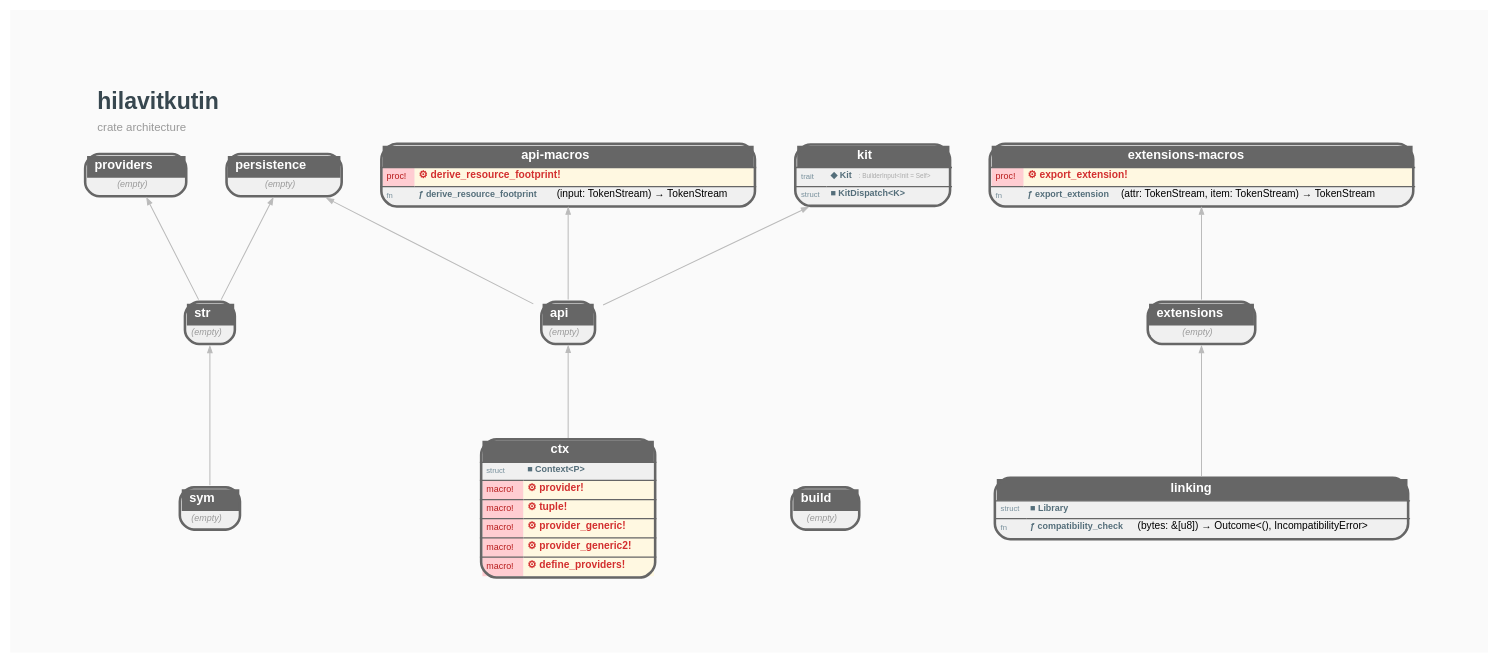
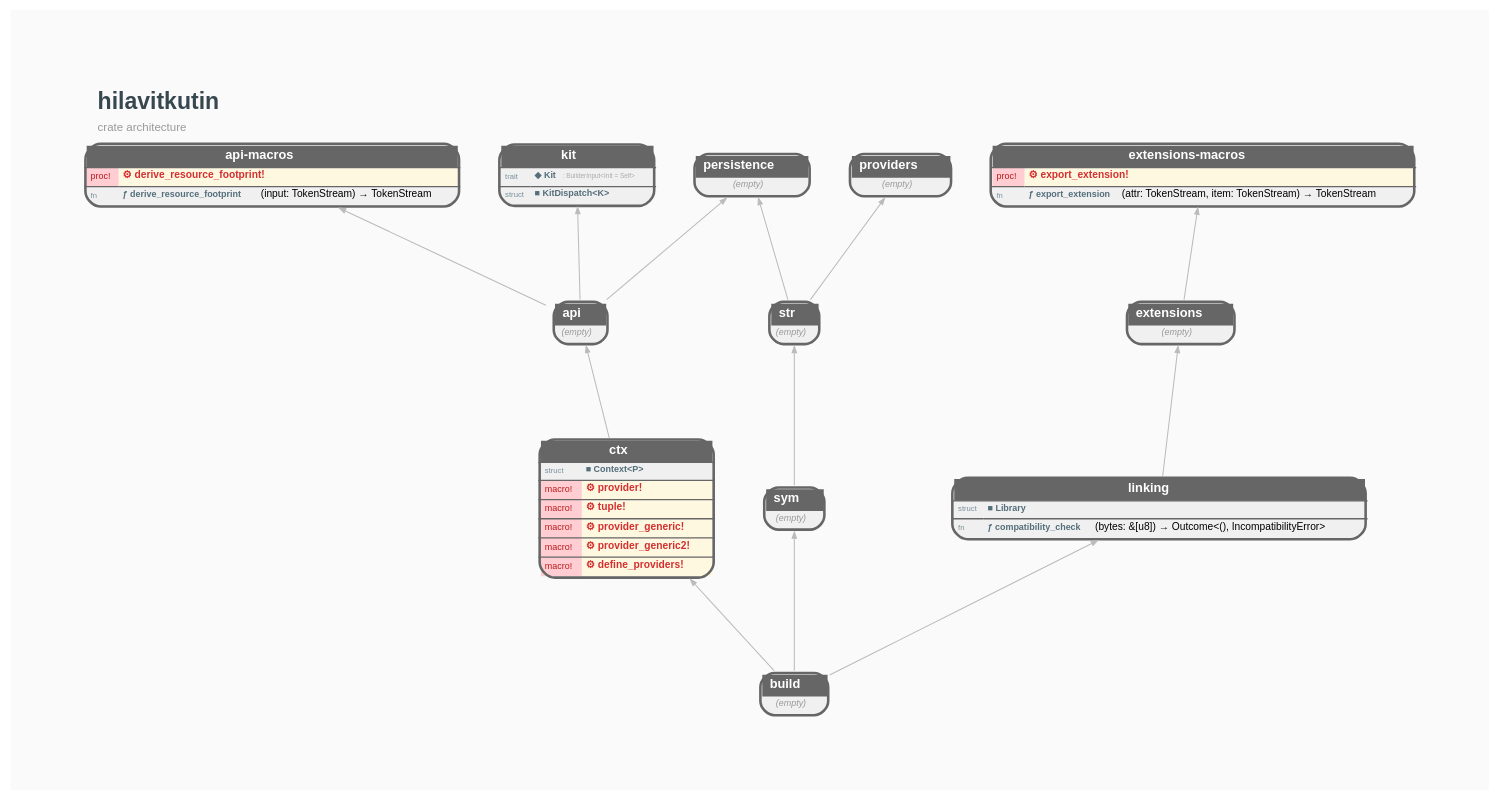
The diagram in docs/STRUCTURE.GRAPH.dot (orgrinrt/hilavitkutin), drawn with Graphviz before and after one commit. The commit also changed 4 other files, not shown here.

```diff
--- a/docs/STRUCTURE.GRAPH.dot
+++ b/docs/STRUCTURE.GRAPH.dot
@@ -1,50 +1,54 @@
 // AUTO-GENERATED: DO NOT EDIT DIRECTLY
 //
 // Generated by: mockspace (mock)
-// Generated at: 2026-09-18T21:59:35Z
+// Generated at: 2026-11-13T17:33:41Z
 // Source: mock/
 // To regenerate: cargo mock
 
 digraph "hilavitkutin" {
     rankdir=BT;
     newrank=true;
     bgcolor="#FAFAFA";
     graph [fontname="Helvetica", fontsize=10, pad=0.8, nodesep=0.4, ranksep=1.0];
     node [fontname="Helvetica", fontsize=8];
     edge [fontname="Helvetica", fontsize=7, color="#BBBBBB", arrowsize=0.5, penwidth=0.8];
 
     labelloc=t;
     labeljust=l;
     label=<<TABLE BORDER="0" CELLBORDER="0" CELLSPACING="0"><TR><TD ALIGN="LEFT"><FONT POINT-SIZE="18" COLOR="#37474F"><B>hilavitkutin</B></FONT></TD></TR><TR><TD ALIGN="LEFT"><FONT POINT-SIZE="9" COLOR="#999999">crate architecture</FONT></TD></TR></TABLE>>;
 
     hilavitkutin_api [shape=none, margin=0, label=<<TABLE BORDER="2" CELLBORDER="0" CELLSPACING="0" CELLPADDING="3" BGCOLOR="#F0F0F0" COLOR="#666666" STYLE="ROUNDED"><TR><TD COLSPAN="2" BGCOLOR="#666666" ALIGN="CENTER"><FONT COLOR="white" POINT-SIZE="10"><B>  api  </B></FONT></TD></TR><TR><TD COLSPAN="2"><FONT COLOR="#999999" POINT-SIZE="7"><I>(empty)</I></FONT></TD></TR></TABLE>>];
     hilavitkutin_api_macros [shape=none, margin=0, label=<<TABLE BORDER="2" CELLBORDER="0" CELLSPACING="0" CELLPADDING="3" BGCOLOR="#F0F0F0" COLOR="#666666" STYLE="ROUNDED"><TR><TD COLSPAN="2" BGCOLOR="#666666" ALIGN="CENTER"><FONT COLOR="white" POINT-SIZE="10"><B>  api-macros  </B></FONT></TD></TR><HR/><TR><TD ALIGN="LEFT" BGCOLOR="#FFCDD2"><FONT COLOR="#B71C1C" POINT-SIZE="7">proc!</FONT></TD><TD ALIGN="LEFT" BGCOLOR="#FFF8E1" PORT="p_derive_resource_footprint"><FONT COLOR="#D32F2F"><B>⚙ derive_resource_footprint!</B></FONT></TD></TR><HR/><TR><TD ALIGN="LEFT"><FONT COLOR="#78909C" POINT-SIZE="6">fn</FONT></TD><TD ALIGN="LEFT" PORT="p_derive_resource_footprint"><FONT COLOR="#546E7A" POINT-SIZE="7"><B>ƒ derive_resource_footprint</B></FONT>(input: TokenStream) → TokenStream</TD></TR></TABLE>>];
     hilavitkutin_build [shape=none, margin=0, label=<<TABLE BORDER="2" CELLBORDER="0" CELLSPACING="0" CELLPADDING="3" BGCOLOR="#F0F0F0" COLOR="#666666" STYLE="ROUNDED"><TR><TD COLSPAN="2" BGCOLOR="#666666" ALIGN="CENTER"><FONT COLOR="white" POINT-SIZE="10"><B>  build  </B></FONT></TD></TR><TR><TD COLSPAN="2"><FONT COLOR="#999999" POINT-SIZE="7"><I>(empty)</I></FONT></TD></TR></TABLE>>];
     hilavitkutin_ctx [shape=none, margin=0, label=<<TABLE BORDER="2" CELLBORDER="0" CELLSPACING="0" CELLPADDING="3" BGCOLOR="#F0F0F0" COLOR="#666666" STYLE="ROUNDED"><TR><TD COLSPAN="2" BGCOLOR="#666666" ALIGN="CENTER"><FONT COLOR="white" POINT-SIZE="10"><B>  ctx  </B></FONT></TD></TR><HR/><TR><TD ALIGN="LEFT"><FONT COLOR="#78909C" POINT-SIZE="6">struct</FONT></TD><TD ALIGN="LEFT" PORT="p_Context"><FONT COLOR="#546E7A" POINT-SIZE="7"><B>■ Context&lt;P&gt;</B></FONT></TD></TR><HR/><TR><TD ALIGN="LEFT" BGCOLOR="#FFCDD2"><FONT COLOR="#B71C1C" POINT-SIZE="7">macro!</FONT></TD><TD ALIGN="LEFT" BGCOLOR="#FFF8E1" PORT="p_provider"><FONT COLOR="#D32F2F"><B>⚙ provider!</B></FONT></TD></TR><HR/><TR><TD ALIGN="LEFT" BGCOLOR="#FFCDD2"><FONT COLOR="#B71C1C" POINT-SIZE="7">macro!</FONT></TD><TD ALIGN="LEFT" BGCOLOR="#FFF8E1" PORT="p_tuple"><FONT COLOR="#D32F2F"><B>⚙ tuple!</B></FONT></TD></TR><HR/><TR><TD ALIGN="LEFT" BGCOLOR="#FFCDD2"><FONT COLOR="#B71C1C" POINT-SIZE="7">macro!</FONT></TD><TD ALIGN="LEFT" BGCOLOR="#FFF8E1" PORT="p_provider_generic"><FONT COLOR="#D32F2F"><B>⚙ provider_generic!</B></FONT></TD></TR><HR/><TR><TD ALIGN="LEFT" BGCOLOR="#FFCDD2"><FONT COLOR="#B71C1C" POINT-SIZE="7">macro!</FONT></TD><TD ALIGN="LEFT" BGCOLOR="#FFF8E1" PORT="p_provider_generic2"><FONT COLOR="#D32F2F"><B>⚙ provider_generic2!</B></FONT></TD></TR><HR/><TR><TD ALIGN="LEFT" BGCOLOR="#FFCDD2"><FONT COLOR="#B71C1C" POINT-SIZE="7">macro!</FONT></TD><TD ALIGN="LEFT" BGCOLOR="#FFF8E1" PORT="p_define_providers"><FONT COLOR="#D32F2F"><B>⚙ define_providers!</B></FONT></TD></TR></TABLE>>];
     hilavitkutin_extensions [shape=none, margin=0, label=<<TABLE BORDER="2" CELLBORDER="0" CELLSPACING="0" CELLPADDING="3" BGCOLOR="#F0F0F0" COLOR="#666666" STYLE="ROUNDED"><TR><TD COLSPAN="2" BGCOLOR="#666666" ALIGN="CENTER"><FONT COLOR="white" POINT-SIZE="10"><B>  extensions  </B></FONT></TD></TR><TR><TD COLSPAN="2"><FONT COLOR="#999999" POINT-SIZE="7"><I>(empty)</I></FONT></TD></TR></TABLE>>];
     hilavitkutin_extensions_macros [shape=none, margin=0, label=<<TABLE BORDER="2" CELLBORDER="0" CELLSPACING="0" CELLPADDING="3" BGCOLOR="#F0F0F0" COLOR="#666666" STYLE="ROUNDED"><TR><TD COLSPAN="2" BGCOLOR="#666666" ALIGN="CENTER"><FONT COLOR="white" POINT-SIZE="10"><B>  extensions-macros  </B></FONT></TD></TR><HR/><TR><TD ALIGN="LEFT" BGCOLOR="#FFCDD2"><FONT COLOR="#B71C1C" POINT-SIZE="7">proc!</FONT></TD><TD ALIGN="LEFT" BGCOLOR="#FFF8E1" PORT="p_export_extension"><FONT COLOR="#D32F2F"><B>⚙ export_extension!</B></FONT></TD></TR><HR/><TR><TD ALIGN="LEFT"><FONT COLOR="#78909C" POINT-SIZE="6">fn</FONT></TD><TD ALIGN="LEFT" PORT="p_export_extension"><FONT COLOR="#546E7A" POINT-SIZE="7"><B>ƒ export_extension</B></FONT>(attr: TokenStream, item: TokenStream) → TokenStream</TD></TR></TABLE>>];
     hilavitkutin_kit [shape=none, margin=0, label=<<TABLE BORDER="2" CELLBORDER="0" CELLSPACING="0" CELLPADDING="3" BGCOLOR="#F0F0F0" COLOR="#666666" STYLE="ROUNDED"><TR><TD COLSPAN="2" BGCOLOR="#666666" ALIGN="CENTER"><FONT COLOR="white" POINT-SIZE="10"><B>  kit  </B></FONT></TD></TR><HR/><TR><TD ALIGN="LEFT"><FONT COLOR="#78909C" POINT-SIZE="6">trait</FONT></TD><TD ALIGN="LEFT" PORT="p_Kit"><FONT COLOR="#546E7A" POINT-SIZE="7"><B>◆ Kit</B></FONT> <FONT COLOR="#AAAAAA" POINT-SIZE="5">: BuilderInput&lt;Init = Self&gt;</FONT></TD></TR><HR/><TR><TD ALIGN="LEFT"><FONT COLOR="#78909C" POINT-SIZE="6">struct</FONT></TD><TD ALIGN="LEFT" PORT="p_KitDispatch"><FONT COLOR="#546E7A" POINT-SIZE="7"><B>■ KitDispatch&lt;K&gt;</B></FONT></TD></TR></TABLE>>];
     hilavitkutin_linking [shape=none, margin=0, label=<<TABLE BORDER="2" CELLBORDER="0" CELLSPACING="0" CELLPADDING="3" BGCOLOR="#F0F0F0" COLOR="#666666" STYLE="ROUNDED"><TR><TD COLSPAN="2" BGCOLOR="#666666" ALIGN="CENTER"><FONT COLOR="white" POINT-SIZE="10"><B>  linking  </B></FONT></TD></TR><HR/><TR><TD ALIGN="LEFT"><FONT COLOR="#78909C" POINT-SIZE="6">struct</FONT></TD><TD ALIGN="LEFT" PORT="p_Library"><FONT COLOR="#546E7A" POINT-SIZE="7"><B>■ Library</B></FONT></TD></TR><HR/><TR><TD ALIGN="LEFT"><FONT COLOR="#78909C" POINT-SIZE="6">fn</FONT></TD><TD ALIGN="LEFT" PORT="p_compatibility_check"><FONT COLOR="#546E7A" POINT-SIZE="7"><B>ƒ compatibility_check</B></FONT>(bytes: &amp;[u8]) → Outcome&lt;(), IncompatibilityError&gt;</TD></TR></TABLE>>];
     hilavitkutin_persistence [shape=none, margin=0, label=<<TABLE BORDER="2" CELLBORDER="0" CELLSPACING="0" CELLPADDING="3" BGCOLOR="#F0F0F0" COLOR="#666666" STYLE="ROUNDED"><TR><TD COLSPAN="2" BGCOLOR="#666666" ALIGN="CENTER"><FONT COLOR="white" POINT-SIZE="10"><B>  persistence  </B></FONT></TD></TR><TR><TD COLSPAN="2"><FONT COLOR="#999999" POINT-SIZE="7"><I>(empty)</I></FONT></TD></TR></TABLE>>];
     hilavitkutin_providers [shape=none, margin=0, label=<<TABLE BORDER="2" CELLBORDER="0" CELLSPACING="0" CELLPADDING="3" BGCOLOR="#F0F0F0" COLOR="#666666" STYLE="ROUNDED"><TR><TD COLSPAN="2" BGCOLOR="#666666" ALIGN="CENTER"><FONT COLOR="white" POINT-SIZE="10"><B>  providers  </B></FONT></TD></TR><TR><TD COLSPAN="2"><FONT COLOR="#999999" POINT-SIZE="7"><I>(empty)</I></FONT></TD></TR></TABLE>>];
     hilavitkutin_str [shape=none, margin=0, label=<<TABLE BORDER="2" CELLBORDER="0" CELLSPACING="0" CELLPADDING="3" BGCOLOR="#F0F0F0" COLOR="#666666" STYLE="ROUNDED"><TR><TD COLSPAN="2" BGCOLOR="#666666" ALIGN="CENTER"><FONT COLOR="white" POINT-SIZE="10"><B>  str  </B></FONT></TD></TR><TR><TD COLSPAN="2"><FONT COLOR="#999999" POINT-SIZE="7"><I>(empty)</I></FONT></TD></TR></TABLE>>];
     hilavitkutin_sym [shape=none, margin=0, label=<<TABLE BORDER="2" CELLBORDER="0" CELLSPACING="0" CELLPADDING="3" BGCOLOR="#F0F0F0" COLOR="#666666" STYLE="ROUNDED"><TR><TD COLSPAN="2" BGCOLOR="#666666" ALIGN="CENTER"><FONT COLOR="white" POINT-SIZE="10"><B>  sym  </B></FONT></TD></TR><TR><TD COLSPAN="2"><FONT COLOR="#999999" POINT-SIZE="7"><I>(empty)</I></FONT></TD></TR></TABLE>>];
 
-    { rank=same; hilavitkutin_build; hilavitkutin_ctx; hilavitkutin_linking; hilavitkutin_sym; } // depth 0
-    { rank=same; hilavitkutin_api; hilavitkutin_extensions; hilavitkutin_str; } // depth 1
-    { rank=same; hilavitkutin_api_macros; hilavitkutin_extensions_macros; hilavitkutin_kit; hilavitkutin_persistence; } // depth 2
-    { rank=same; hilavitkutin_providers; } // depth 3
+    { rank=same; hilavitkutin_build; } // depth 0
+    { rank=same; hilavitkutin_ctx; hilavitkutin_linking; hilavitkutin_sym; } // depth 1
+    { rank=same; hilavitkutin_api; hilavitkutin_extensions; hilavitkutin_str; } // depth 2
+    { rank=same; hilavitkutin_api_macros; hilavitkutin_extensions_macros; hilavitkutin_kit; hilavitkutin_persistence; } // depth 3
+    { rank=same; hilavitkutin_providers; } // depth 4
 
 
     // Dependency edges (transitively reduced)
     hilavitkutin_ctx -> hilavitkutin_api;
     hilavitkutin_api -> hilavitkutin_api_macros;
+    hilavitkutin_build -> hilavitkutin_ctx;
     hilavitkutin_linking -> hilavitkutin_extensions;
     hilavitkutin_extensions -> hilavitkutin_extensions_macros;
     hilavitkutin_api -> hilavitkutin_kit;
+    hilavitkutin_build -> hilavitkutin_linking;
     hilavitkutin_str -> hilavitkutin_persistence;
     hilavitkutin_api -> hilavitkutin_persistence;
     hilavitkutin_str -> hilavitkutin_providers;
     hilavitkutin_sym -> hilavitkutin_str;
+    hilavitkutin_build -> hilavitkutin_sym;
 
 }
```
